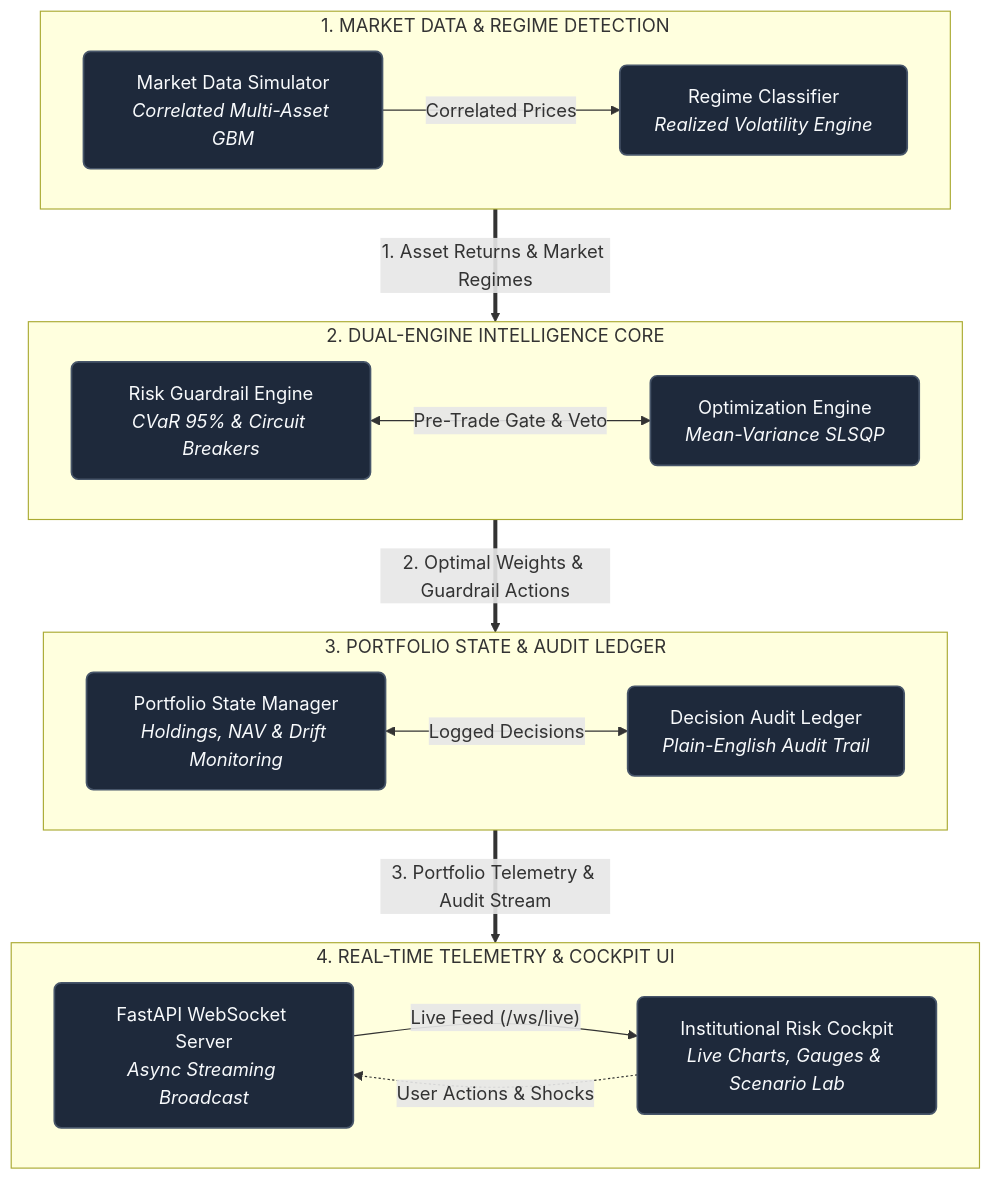
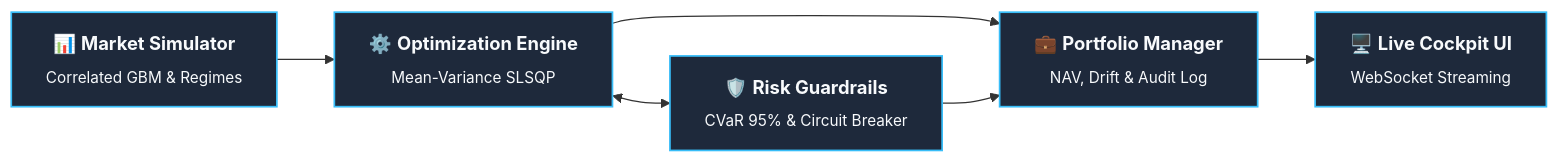
Before and after one commit to tarun05-design/FortressFi: the diagram in README.md, drawn with Mermaid. The commit also changed other lines of this file, not shown here.

Commit message:
docs: replace bulky diagram with sleek compact horizontal pipeline for optimal GitHub README UI/UX

````diff
--- a/README.md
+++ b/README.md
@@ -36,41 +36,10 @@
 ```mermaid
-flowchart TD
-    %% Global Styling
-    classDef compNode fill:#1e293b,stroke:#475569,stroke-width:1.5px,color:#f8fafc,rx:6px,ry:6px;
+flowchart LR
+    A["📊 <b>Market Simulator</b><br/><sub>Correlated GBM & Regimes</sub>"] --> B["⚙️ <b>Optimization Engine</b><br/><sub>Mean-Variance SLSQP</sub>"]
+    B <--> C["🛡️ <b>Risk Guardrails</b><br/><sub>CVaR 95% & Circuit Breaker</sub>"]
+    B --> D["💼 <b>Portfolio Manager</b><br/><sub>NAV, Drift & Audit Log</sub>"]
+    C --> D
+    D --> E["🖥️ <b>Live Cockpit UI</b><br/><sub>WebSocket Streaming</sub>"]
 
-    subgraph L1["1. MARKET DATA & REGIME DETECTION"]
-        direction LR
-        A1["Market Data Simulator<br/><i>Correlated Multi-Asset GBM</i>"]
-        A2["Regime Classifier<br/><i>Realized Volatility Engine</i>"]
-        A1 -->|"Correlated Prices"| A2
-    end
-
-    subgraph L2["2. DUAL-ENGINE INTELLIGENCE CORE"]
-        direction LR
-        B1["Optimization Engine<br/><i>Mean-Variance SLSQP</i>"]
-        B2["Risk Guardrail Engine<br/><i>CVaR 95% & Circuit Breakers</i>"]
-        B2 <-->|"Pre-Trade Gate & Veto"| B1
-    end
-
-    subgraph L3["3. PORTFOLIO STATE & AUDIT LEDGER"]
-        direction LR
-        C1["Portfolio State Manager<br/><i>Holdings, NAV & Drift Monitoring</i>"]
-        C2["Decision Audit Ledger<br/><i>Plain-English Audit Trail</i>"]
-        C1 <-->|"Logged Decisions"| C2
-    end
-
-    subgraph L4["4. REAL-TIME TELEMETRY & COCKPIT UI"]
-        direction LR
-        D1["FastAPI WebSocket Server<br/><i>Async Streaming Broadcast</i>"]
-        D2["Institutional Risk Cockpit<br/><i>Live Charts, Gauges & Scenario Lab</i>"]
-        D1 -->|"Live Feed (/ws/live)"| D2
-        D2 -.->|"User Actions & Shocks"| D1
-    end
-
-    %% Clean Pipeline Flow (Zero Cross-Line Tangling)
-    L1 ==>|"1. Asset Returns & Market Regimes"| L2
-    L2 ==>|"2. Optimal Weights & Guardrail Actions"| L3
-    L3 ==>|"3. Portfolio Telemetry & Audit Stream"| L4
-
-    class A1,A2,B1,B2,C1,C2,D1,D2 compNode;
+    classDef default fill:#1e293b,stroke:#38bdf8,stroke-width:1.5px,color:#f8fafc;
 ```
````
